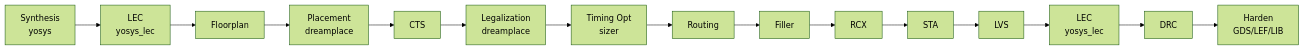
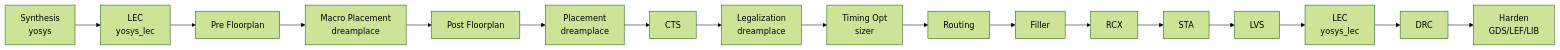
The second of 2 diagrams in chipcompiler/docs/ecc-tutorial.cn.md (openecos-projects/ecc), drawn with Mermaid (forest theme) before and after one commit. The commit also changed other lines of this file and 60 other files, not shown here.

First line of the commit message:
feat(flow): add DreamPlace macro placement step (#247)

````diff
--- a/chipcompiler/docs/ecc-tutorial.cn.md
+++ b/chipcompiler/docs/ecc-tutorial.cn.md
@@ -284,6 +286,6 @@
 ```mermaid
 graph LR
-    A[Synthesis<br/>yosys] --> Q[LEC<br/>yosys_lec] --> B[Floorplan] --> D[Placement<br/>dreamplace]
+    A[Synthesis<br/>yosys] --> Q[LEC<br/>yosys_lec] --> B[Pre Floorplan] --> C[Macro Placement<br/>dreamplace] --> P[Post Floorplan] --> D[Placement<br/>dreamplace]
     D --> E[CTS] --> F[Legalization<br/>dreamplace] --> T[Timing Opt<br/>sizer] --> G[Routing]
     G --> J[Filler] --> K[RCX] --> L[STA] --> I[LVS] --> N[LEC<br/>yosys_lec] --> H[DRC] --> M[Harden<br/>GDS/LEF/LIB]
 ```
````
